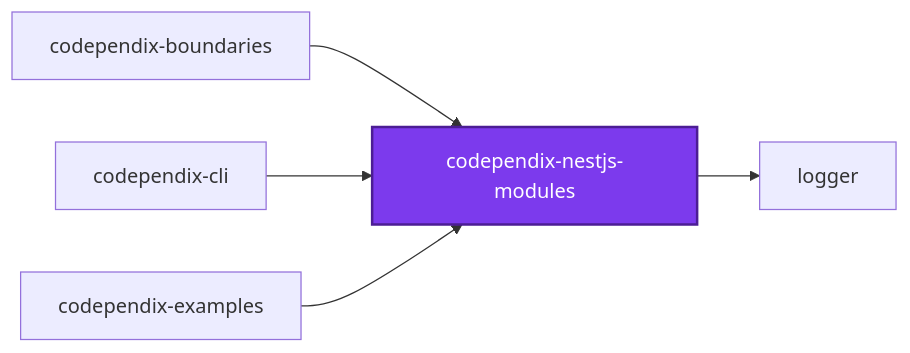
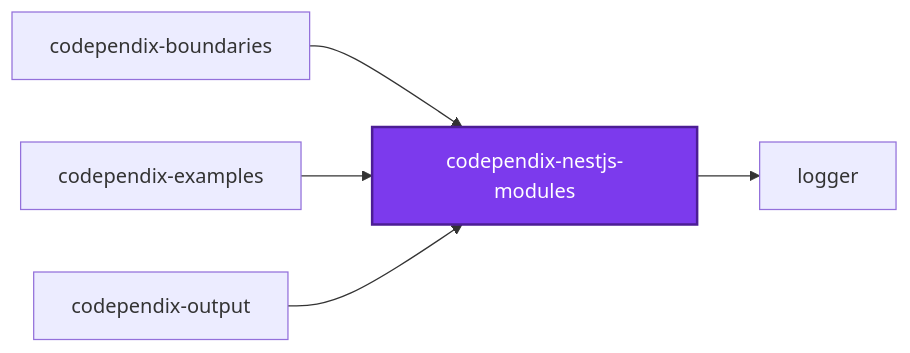
Before and after one commit to JimmyPaolini/codebase: the first of 3 diagrams in packages/ic-suite/codependix/codependix-nestjs-modules/README.md, drawn with Mermaid. The commit also changed 16 other files, not shown here.

Commit message:
refactor(codependix): ♻️ measure the moved size limits and regenerate the module graphs

````diff
--- a/packages/ic-suite/codependix/codependix-nestjs-modules/README.md
+++ b/packages/ic-suite/codependix/codependix-nestjs-modules/README.md
@@ -14,14 +14,14 @@
 ```mermaid
 graph LR
   codependix_boundaries["codependix-boundaries"]
-  codependix_cli["codependix-cli"]
   codependix_examples["codependix-examples"]
   codependix_nestjs_modules["codependix-nestjs-modules"]
+  codependix_output["codependix-output"]
   logger["logger"]
   codependix_boundaries --> codependix_nestjs_modules
-  codependix_cli --> codependix_nestjs_modules
   codependix_examples --> codependix_nestjs_modules
   codependix_nestjs_modules --> logger
+  codependix_output --> codependix_nestjs_modules
   classDef subject fill:#7c3aed,color:#fff,stroke:#4c1d95,stroke-width:2px
   class codependix_nestjs_modules subject
 ```
````
